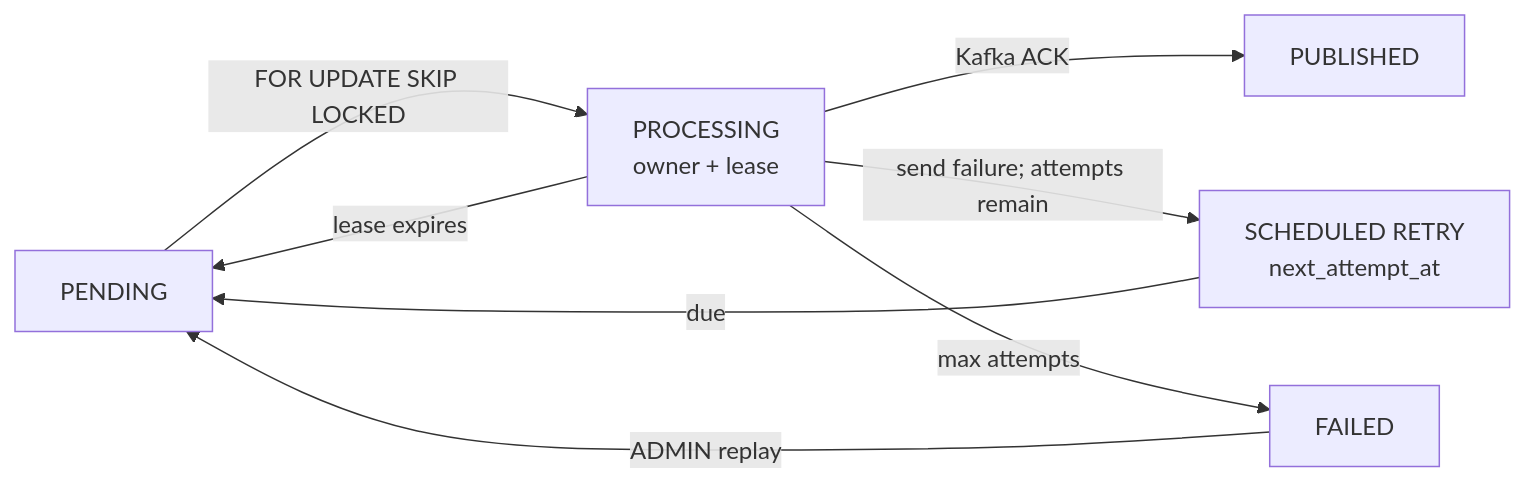
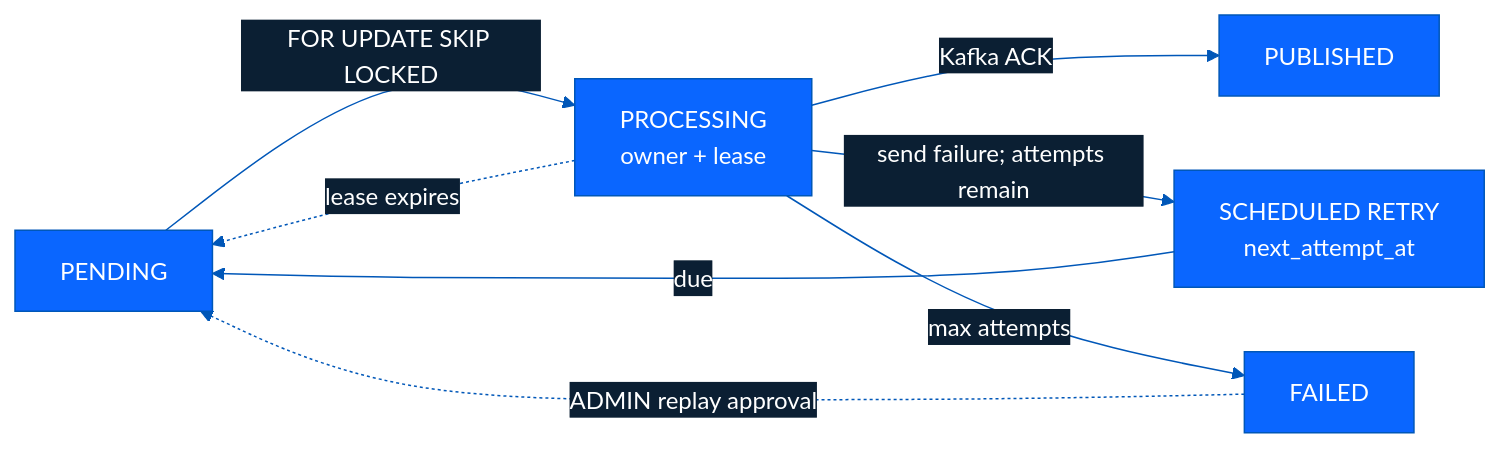
The second of 2 diagrams in README.md (ravan-chuang/spring-boot-ecommerce-backend), drawn with Mermaid before and after one commit. The commit also changed other lines of this file and 2 other files, not shown here.

````diff
--- a/README.md
+++ b/README.md
@@ -156,11 +167,11 @@
 ```mermaid
-%%{init: {"flowchart": {"curve": "basis"}}}%%
+%%{init: {"theme": "base", "themeVariables": {"background": "#FFFFFF", "primaryColor": "#0A66FF", "primaryBorderColor": "#0057B8", "primaryTextColor": "#FFFFFF", "secondaryColor": "#0B1F33", "secondaryTextColor": "#FFFFFF", "tertiaryColor": "#F4F5F7", "tertiaryTextColor": "#071B2E", "lineColor": "#0057B8"}, "flowchart": {"curve": "basis", "nodeSpacing": 32, "rankSpacing": 38}}}%%
 flowchart LR
     P[PENDING] -->|FOR UPDATE SKIP LOCKED| X[PROCESSING\nowner + lease]
     X -->|Kafka ACK| D[PUBLISHED]
     X -->|send failure; attempts remain| R[SCHEDULED RETRY\nnext_attempt_at]
     R -->|due| P
-    X -->|lease expires| P
+    X -. lease expires .-> P
     X -->|max attempts| F[FAILED]
-    F -->|ADMIN replay| P
+    F -. ADMIN replay approval .-> P
 ```
````
